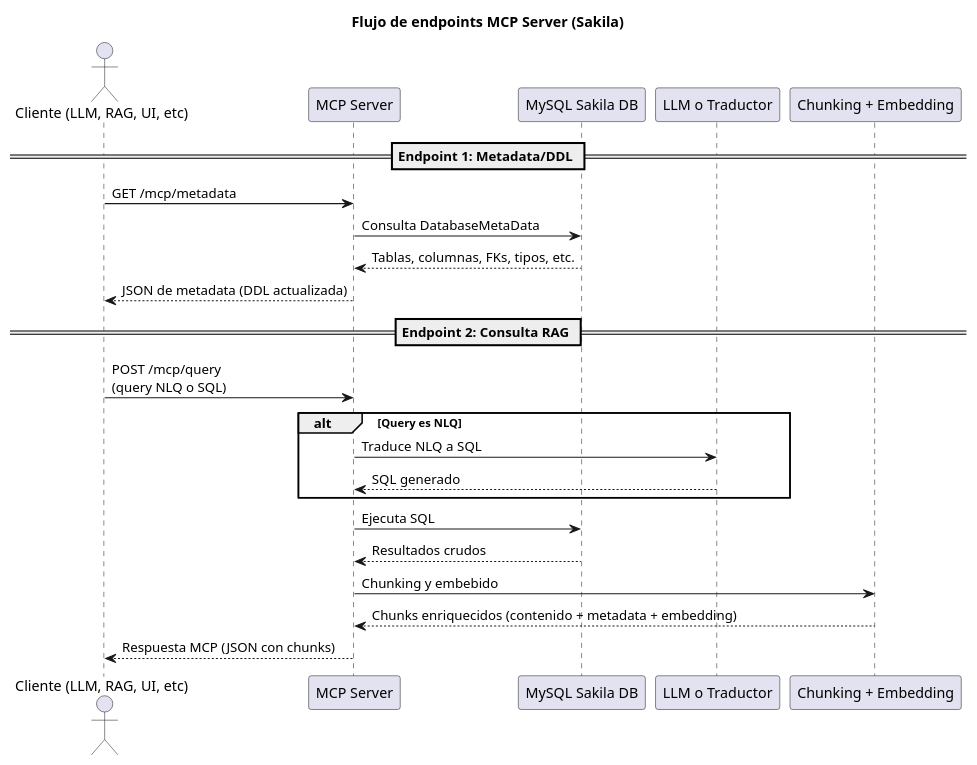
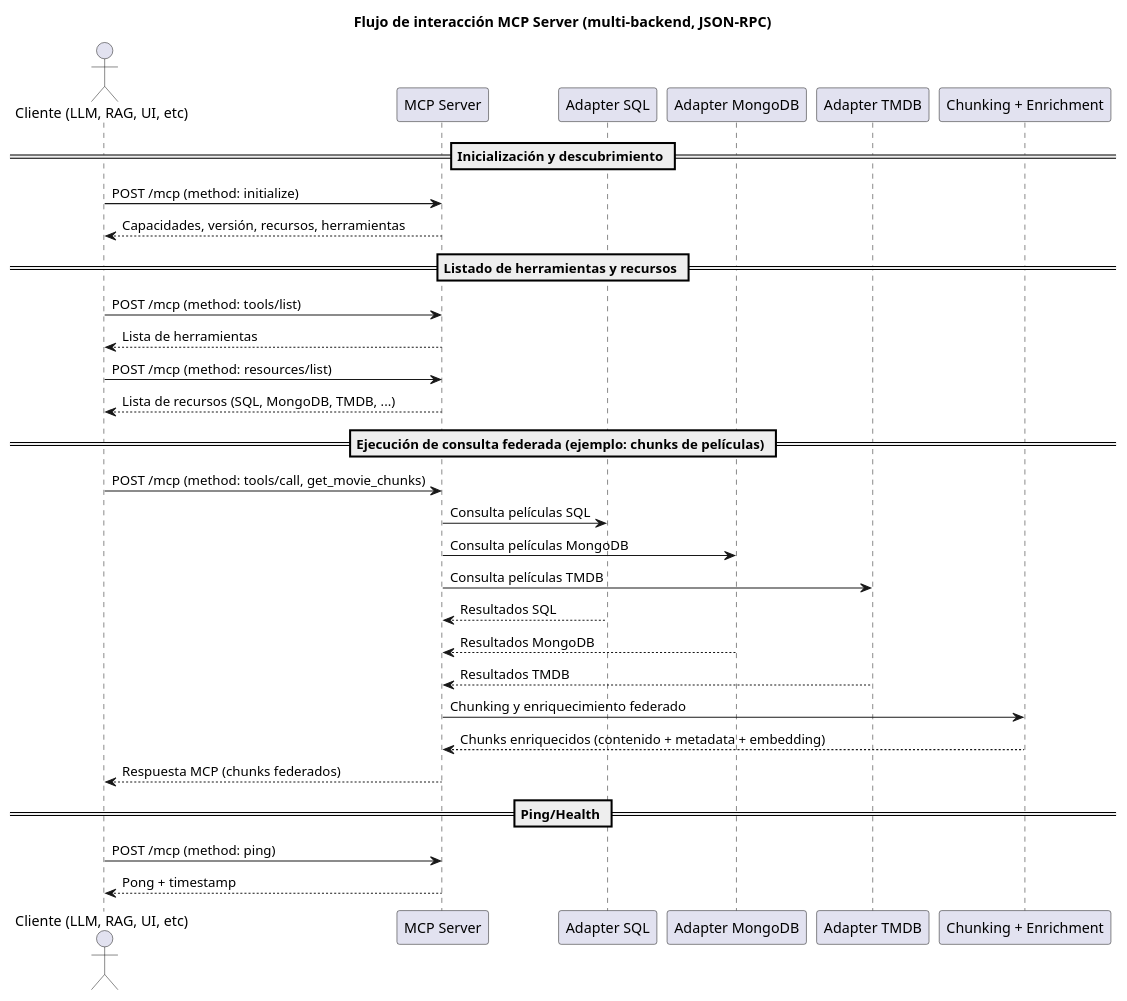
The diagram in mcp-seq.puml (accentureshark/melian), drawn with PlantUML before and after one commit. The commit also changed 10 other files, not shown here.

Commit message:
feat(mcp): enhance MCP server with multi-backend support and detailed tool/resource listings

```diff
--- a/mcp-seq.puml
+++ b/mcp-seq.puml
@@ -1,24 +1,32 @@
 @startuml
-title Flujo de endpoints MCP Server (Sakila)
+' Flujo actualizado de endpoints MCP Server multi-backend (MELIAN)
+title Flujo de interacción MCP Server (multi-backend, JSON-RPC)
 
 actor "Cliente (LLM, RAG, UI, etc)" as client
 
-== Endpoint 1: Metadata/DDL ==
-client -> "MCP Server" : GET /mcp/metadata
-"MCP Server" -> "MySQL Sakila DB" : Consulta DatabaseMetaData
-"MySQL Sakila DB" --> "MCP Server" : Tablas, columnas, FKs, tipos, etc.
-"MCP Server" --> client : JSON de metadata (DDL actualizada)
+== Inicialización y descubrimiento ==
+client -> "MCP Server" : POST /mcp (method: initialize)
+"MCP Server" --> client : Capacidades, versión, recursos, herramientas
 
-== Endpoint 2: Consulta RAG ==
-client -> "MCP Server" : POST /mcp/query\n(query NLQ o SQL)
-alt Query es NLQ
-    "MCP Server" -> "LLM o Traductor" : Traduce NLQ a SQL
-    "LLM o Traductor" --> "MCP Server" : SQL generado
-end
-"MCP Server" -> "MySQL Sakila DB" : Ejecuta SQL
-"MySQL Sakila DB" --> "MCP Server" : Resultados crudos
-"MCP Server" -> "Chunking + Embedding" : Chunking y embebido
-"Chunking + Embedding" --> "MCP Server" : Chunks enriquecidos (contenido + metadata + embedding)
-"MCP Server" --> client : Respuesta MCP (JSON con chunks)
+== Listado de herramientas y recursos ==
+client -> "MCP Server" : POST /mcp (method: tools/list)
+"MCP Server" --> client : Lista de herramientas
+client -> "MCP Server" : POST /mcp (method: resources/list)
+"MCP Server" --> client : Lista de recursos (SQL, MongoDB, TMDB, ...)
 
+== Ejecución de consulta federada (ejemplo: chunks de películas) ==
+client -> "MCP Server" : POST /mcp (method: tools/call, get_movie_chunks)
+"MCP Server" -> "Adapter SQL" : Consulta películas SQL
+"MCP Server" -> "Adapter MongoDB" : Consulta películas MongoDB
+"MCP Server" -> "Adapter TMDB" : Consulta películas TMDB
+"Adapter SQL" --> "MCP Server" : Resultados SQL
+"Adapter MongoDB" --> "MCP Server" : Resultados MongoDB
+"Adapter TMDB" --> "MCP Server" : Resultados TMDB
+"MCP Server" -> "Chunking + Enrichment" : Chunking y enriquecimiento federado
+"Chunking + Enrichment" --> "MCP Server" : Chunks enriquecidos (contenido + metadata + embedding)
+"MCP Server" --> client : Respuesta MCP (chunks federados)
+
+== Ping/Health ==
+client -> "MCP Server" : POST /mcp (method: ping)
+"MCP Server" --> client : Pong + timestamp
 @enduml
```
